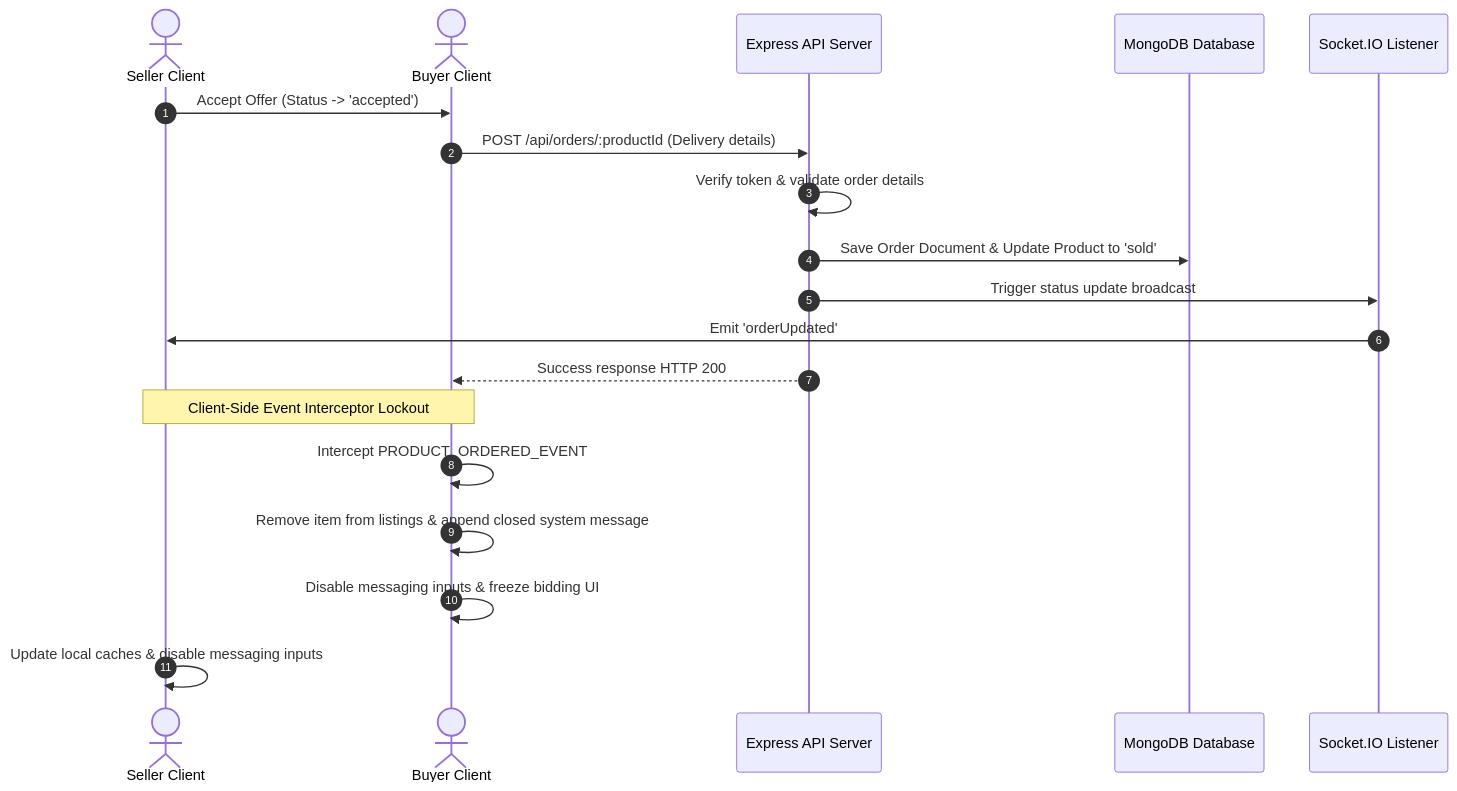
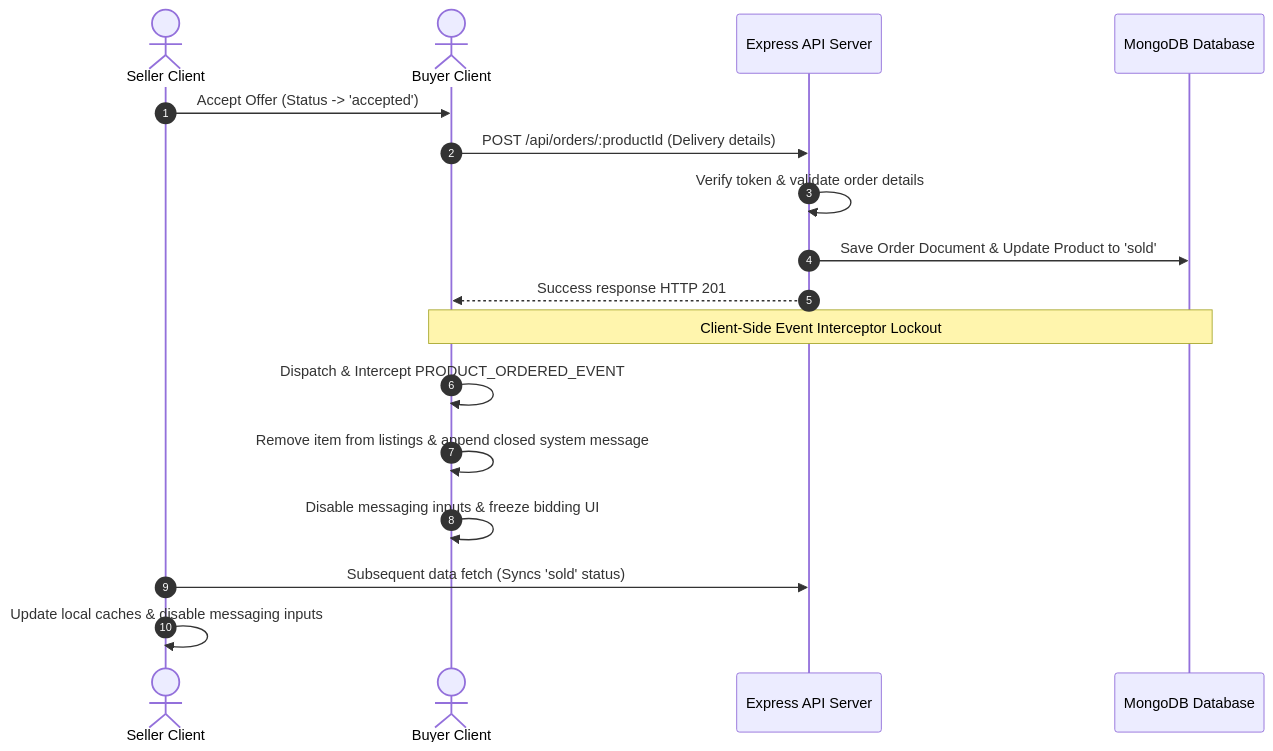
The fifth of 5 diagrams in README.md (adiba-anwar01/vendorlink), drawn with Mermaid before and after one commit. The commit also changed other lines of this file and 1 other file, not shown here.

````diff
--- a/README.md
+++ b/README.md
@@ -207,23 +216,21 @@
 ```mermaid
 sequenceDiagram
     autonumber
     actor Seller as Seller Client
     actor Buyer as Buyer Client
     participant API as Express API Server
     participant DB as MongoDB Database
-    participant WS as Socket.IO Listener
 
     Seller->>Buyer: Accept Offer (Status -> 'accepted')
     Buyer->>API: POST /api/orders/:productId (Delivery details)
     API->>API: Verify token & validate order details
     API->>DB: Save Order Document & Update Product to 'sold'
-    API->>WS: Trigger status update broadcast
-    WS->>Seller: Emit 'orderUpdated'
-    API-->>Buyer: Success response HTTP 200
+    API-->>Buyer: Success response HTTP 201
     
-    Note over Buyer, Seller: Client-Side Event Interceptor Lockout
-    Buyer->>Buyer: Intercept PRODUCT_ORDERED_EVENT
+    Note over Buyer, DB: Client-Side Event Interceptor Lockout
+    Buyer->>Buyer: Dispatch & Intercept PRODUCT_ORDERED_EVENT
     Buyer->>Buyer: Remove item from listings & append closed system message
     Buyer->>Buyer: Disable messaging inputs & freeze bidding UI
+    Seller->>API: Subsequent data fetch (Syncs 'sold' status)
     Seller->>Seller: Update local caches & disable messaging inputs
 ```
````
